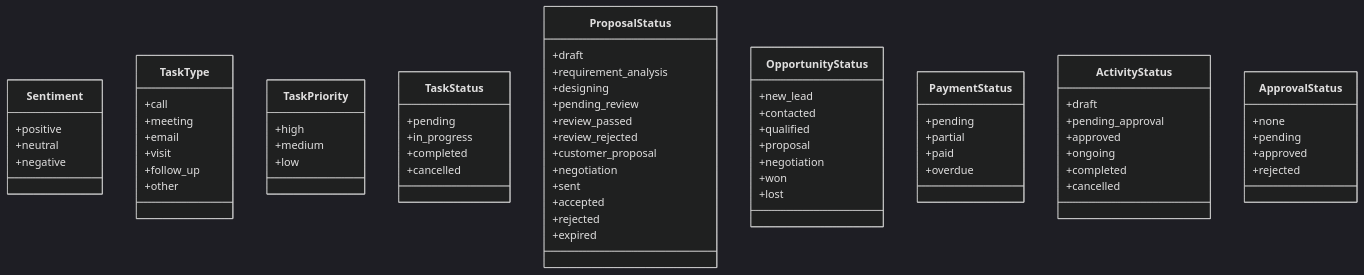
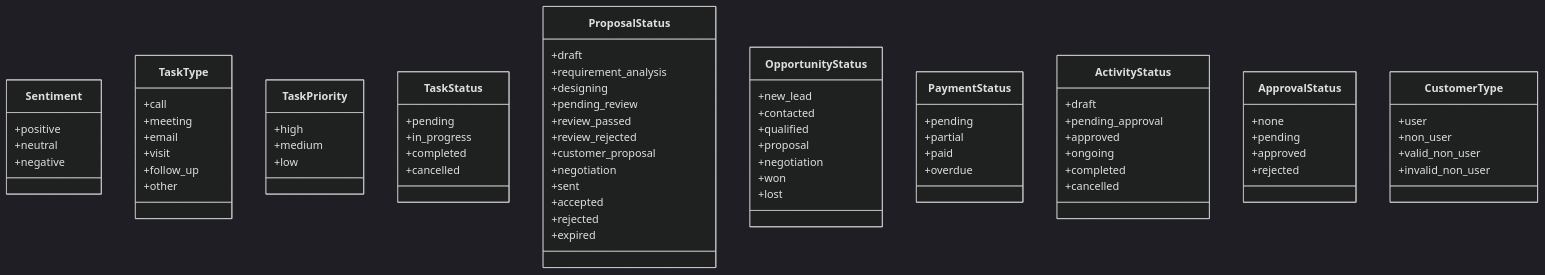
The third of 30 diagrams in .qoder/repowiki/zh/content/Database Schema.md (xianjianshenqu/SalesFlow-CRM), drawn with Mermaid (dark theme) before and after one commit. The commit also changed other lines of this file and 11 other files, not shown here.

````diff
--- a/.qoder/repowiki/zh/content/Database Schema.md
+++ b/.qoder/repowiki/zh/content/Database Schema.md
@@ -337,70 +391,76 @@
 ```mermaid
 classDiagram
 class Sentiment {
 +positive
 +neutral
 +negative
 }
 class TaskType {
 +call
 +meeting
 +email
 +visit
 +follow_up
 +other
 }
 class TaskPriority {
 +high
 +medium
 +low
 }
 class TaskStatus {
 +pending
 +in_progress
 +completed
 +cancelled
 }
 class ProposalStatus {
 +draft
 +requirement_analysis
 +designing
 +pending_review
 +review_passed
 +review_rejected
 +customer_proposal
 +negotiation
 +sent
 +accepted
 +rejected
 +expired
 }
 class OpportunityStatus {
 +new_lead
 +contacted
 +qualified
 +proposal
 +negotiation
 +won
 +lost
 }
 class PaymentStatus {
 +pending
 +partial
 +paid
 +overdue
 }
 class ActivityStatus {
 +draft
 +pending_approval
 +approved
 +ongoing
 +completed
 +cancelled
 }
 class ApprovalStatus {
 +none
 +pending
 +approved
 +rejected
 }
+class CustomerType {
++user
++non_user
++valid_non_user
++invalid_non_user
+}
 ```
````
